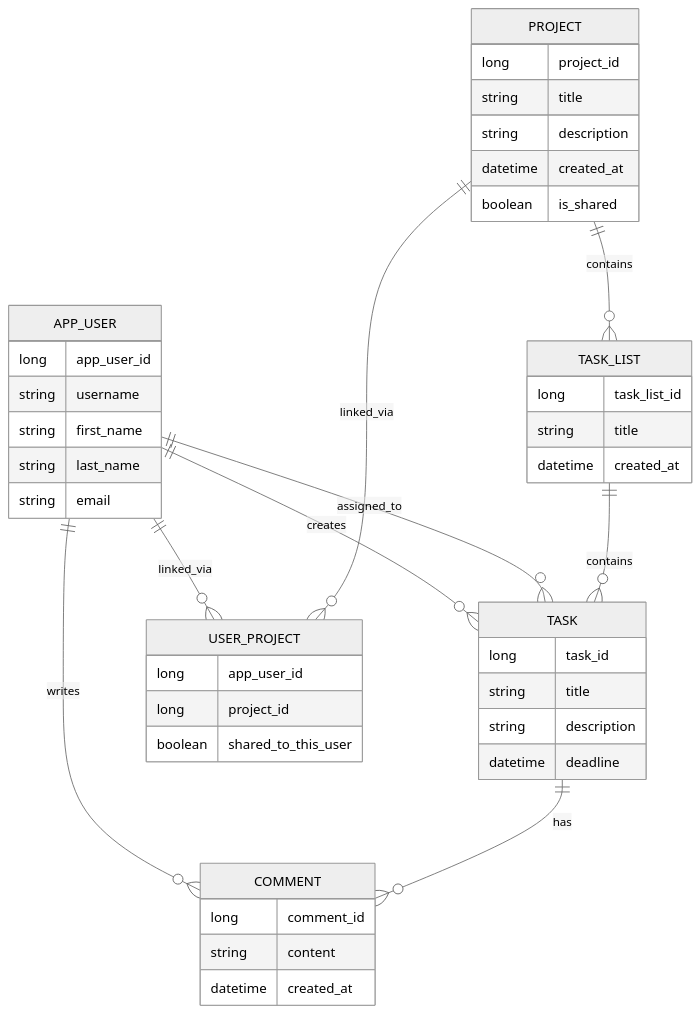
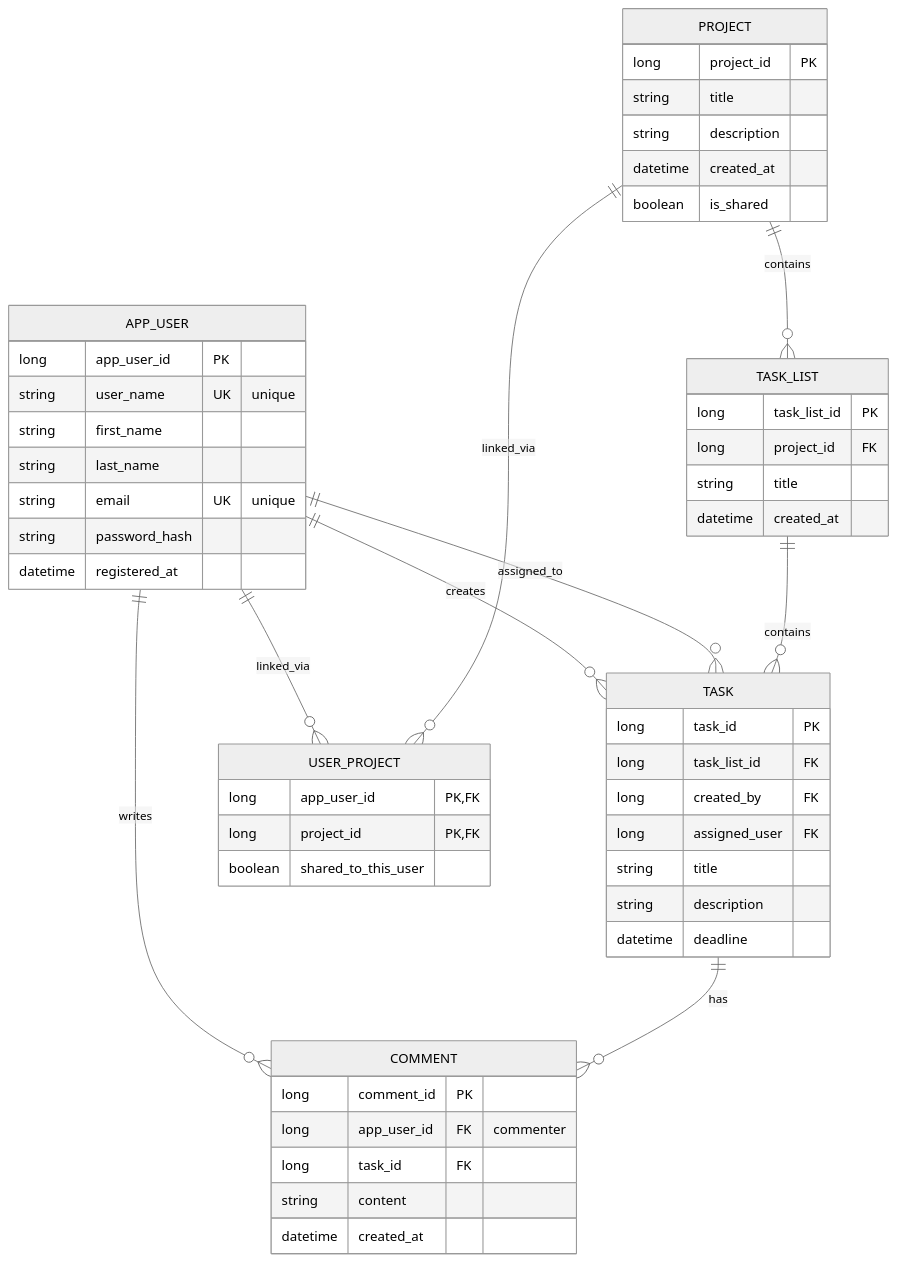
Before and after one commit to Git-Happens-HH/Project-management-backend: the diagram in README.md, drawn with Mermaid (neutral theme). The commit also changed other lines of this file, not shown here.

````diff
--- a/README.md
+++ b/README.md
@@ -79,52 +118,60 @@
 ```mermaid
 erDiagram
   APP_USER ||--o{ TASK : creates
   APP_USER ||--o{ TASK : assigned_to
   APP_USER ||--o{ COMMENT : writes
   APP_USER ||--o{ USER_PROJECT : linked_via
   PROJECT ||--o{ USER_PROJECT : linked_via
   PROJECT ||--o{ TASK_LIST : contains
   TASK_LIST ||--o{ TASK : contains
   TASK ||--o{ COMMENT : has
 
   APP_USER {
-    long app_user_id
-    string username
+    long app_user_id PK
+    string user_name UK "unique"
     string first_name
     string last_name
-    string email
+    string email UK "unique"
+    string password_hash
+    datetime registered_at
   }
 
   PROJECT {
-    long project_id
+    long project_id PK
     string title
     string description
     datetime created_at
     boolean is_shared
   }
 
   TASK_LIST {
-    long task_list_id
+    long task_list_id PK
+    long project_id FK
     string title
     datetime created_at
   }
 
   TASK {
-    long task_id
+    long task_id PK
+    long task_list_id FK
+    long created_by FK
+    long assigned_user FK
     string title
     string description
     datetime deadline
   }
 
   COMMENT {
-    long comment_id
+    long comment_id PK
+    long app_user_id FK "commenter"
+    long task_id FK
     string content
     datetime created_at
   }
 
   USER_PROJECT {
-    long app_user_id
-    long project_id
+    long app_user_id PK,FK
+    long project_id PK,FK
     boolean shared_to_this_user
   }
 ```
````
